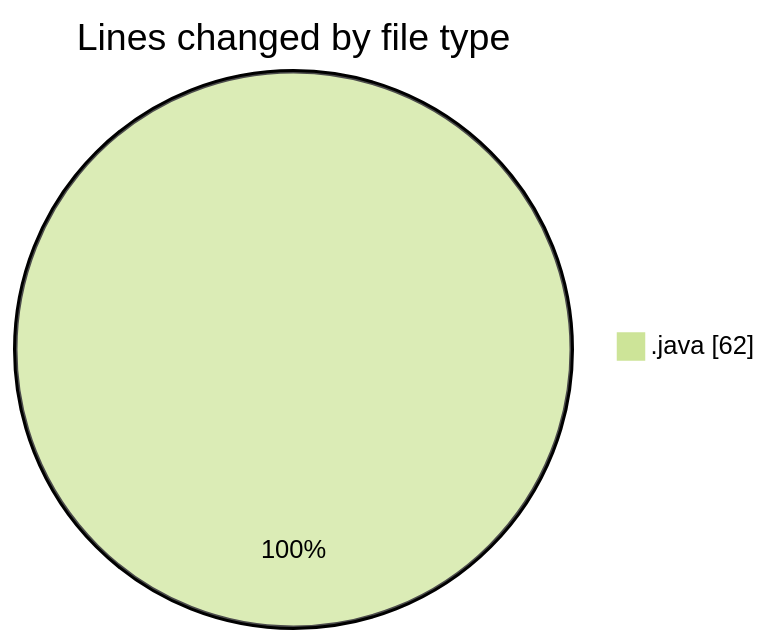
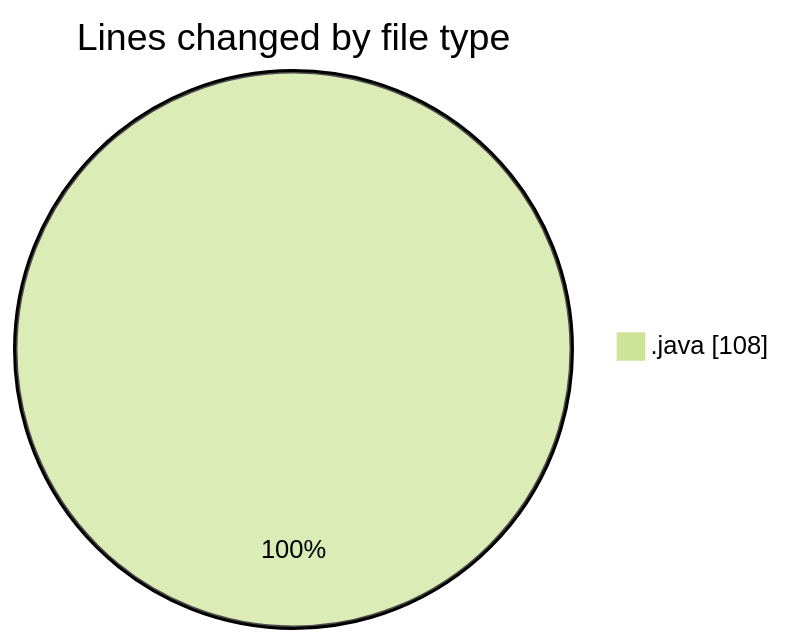
The first of 2 diagrams in 2025-12-28/java_basics/README.md (hasnaa123/code-tracking), drawn with Mermaid (forest theme) before and after one commit. The commit also changed other lines of this file and 1 other file, not shown here.

````diff
--- a/2025-12-28/java_basics/README.md
+++ b/2025-12-28/java_basics/README.md
@@ -20,5 +20,5 @@
 ```mermaid
 pie showData
 title Lines changed by file type
-".java" : 62
+".java" : 108
 ```
````
